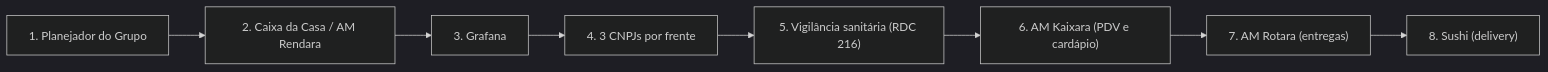
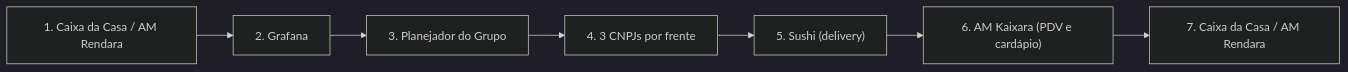
One commit to AlanMateus17/dev-setup changed diagram 12 of 13 in docs/fluxos.md. Above: the diagram before and after it, drawn with Mermaid (dark theme). The commit also changed other lines of this file and 38 other files, not shown here.

````diff
--- a/docs/fluxos.md
+++ b/docs/fluxos.md
@@ -351,18 +351,16 @@
 ```mermaid
 flowchart LR
-  s0["1. Planejador do Grupo"]
-  s1["2. Caixa da Casa / AM Rendara"]
-  s2["3. Grafana"]
+  s0["1. Caixa da Casa / AM Rendara"]
+  s1["2. Grafana"]
+  s2["3. Planejador do Grupo"]
   s3["4. 3 CNPJs por frente"]
-  s4["5. Vigilância sanitária (RDC 216)"]
+  s4["5. Sushi (delivery)"]
   s5["6. AM Kaixara (PDV e cardápio)"]
-  s6["7. AM Rotara (entregas)"]
-  s7["8. Sushi (delivery)"]
+  s6["7. Caixa da Casa / AM Rendara"]
   s0 --> s1
   s1 --> s2
   s2 --> s3
   s3 --> s4
   s4 --> s5
   s5 --> s6
-  s6 --> s7
 ```
````
